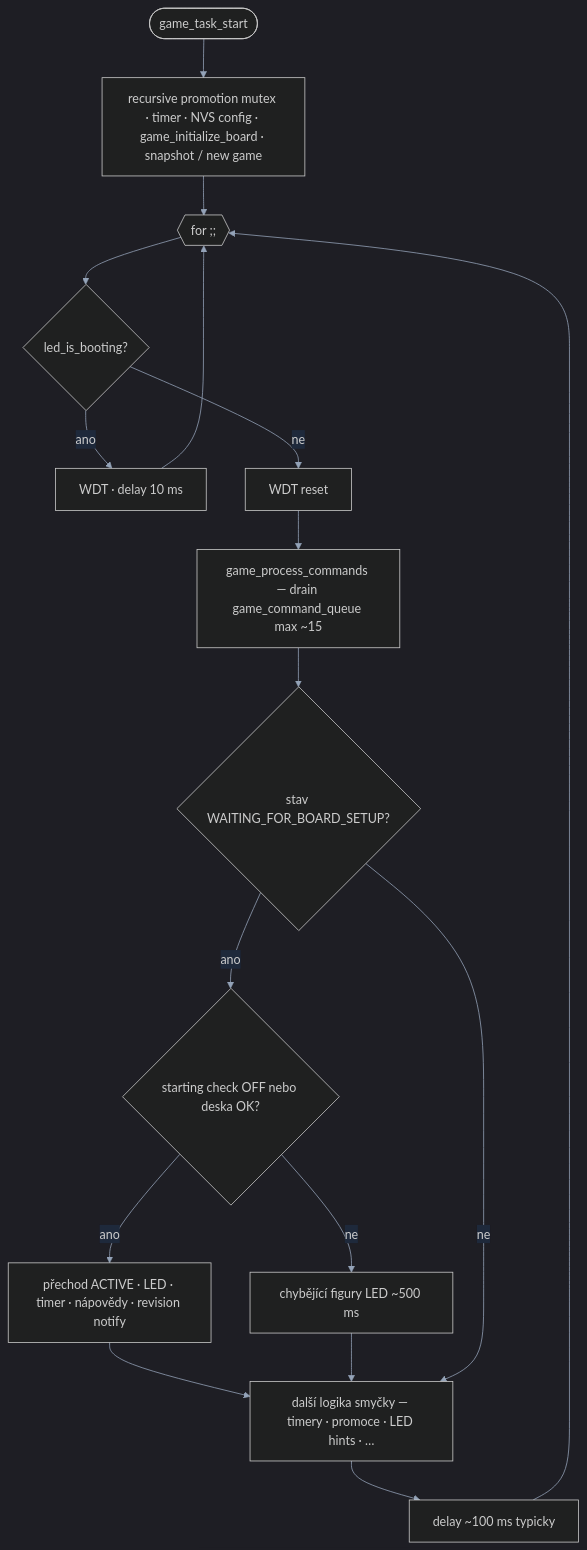
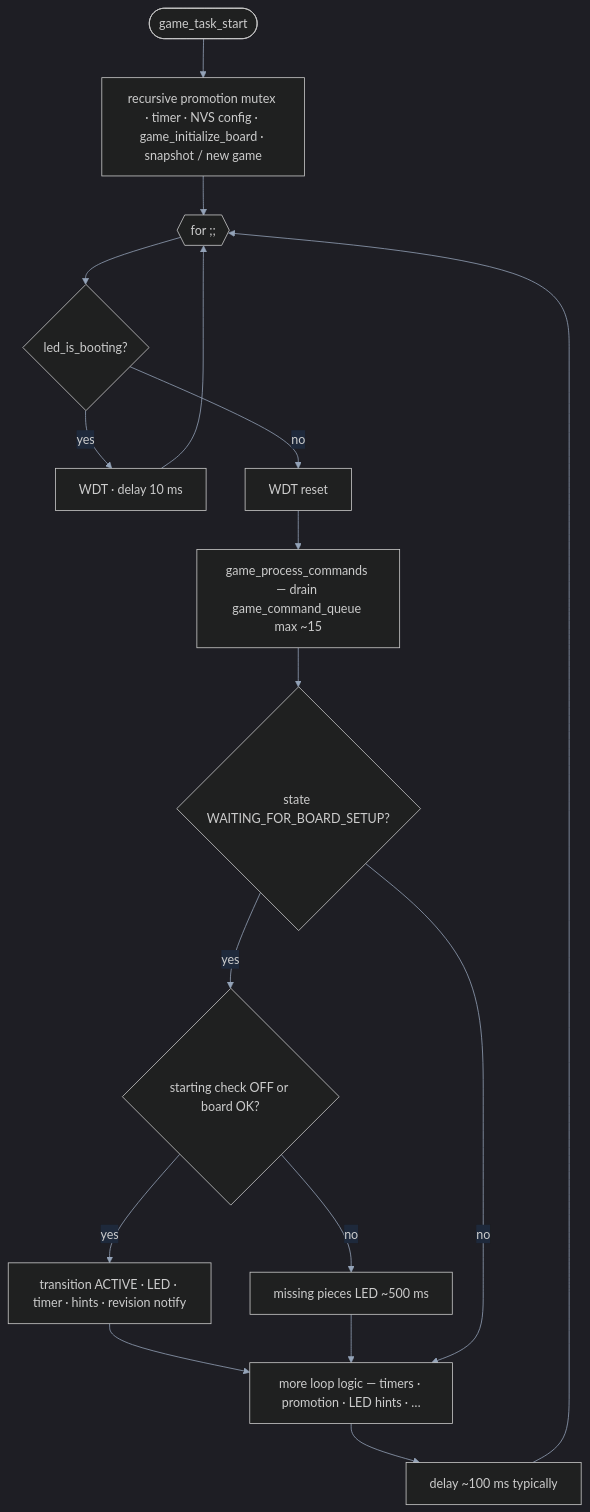
The diagram in docs/diagrams/sources/task_game_loop.mmd (AlfredKrutina/chess_esp32_c6_devkit), drawn with Mermaid before and after one commit. The commit also changed 372 other files, not shown here.

```diff
--- a/docs/diagrams/sources/task_game_loop.mmd
+++ b/docs/diagrams/sources/task_game_loop.mmd
@@ -1,23 +1,23 @@
-%% game_task_start — hlavní smyčka game_task.c
+%% game_task_start — main loop game_task.c
 %%{init: {'theme':'dark','themeVariables':{'fontFamily':'system-ui,sans-serif','clusterBkg':'#0f172a','clusterBorder':'#334155','lineColor':'#94a3b8','primaryTextColor':'#f1f5f9','edgeLabelBackground':'#1e293b','titleColor':'#f8fafc'}}}%%
 flowchart TD
   START([game_task_start]) --> INIT[recursive promotion mutex · timer · NVS config · game_initialize_board · snapshot / new game]
   INIT --> LOOP{{for ;;}}
 
   LOOP --> BOOT{led_is_booting?}
-  BOOT -->|ano| W10[WDT · delay 10 ms] --> LOOP
-  BOOT -->|ne| WDT[WDT reset]
+  BOOT -->|yes| W10[WDT · delay 10 ms] --> LOOP
+  BOOT -->|no| WDT[WDT reset]
 
   WDT --> PC[game_process_commands — drain game_command_queue max ~15]
-  PC --> SETUP{stav WAITING_FOR_BOARD_SETUP?}
-  SETUP -->|ano| POS{starting check OFF nebo deska OK?}
-  POS -->|ano| ACTIVE[přechod ACTIVE · LED · timer · nápovědy · revision notify]
-  POS -->|ne| MISS[chybějící figury LED ~500 ms]
-  ACTIVE --> MORE[další logika smyčky — timery · promoce · LED hints · …]
+  PC --> SETUP{state WAITING_FOR_BOARD_SETUP?}
+  SETUP -->|yes| POS{starting check OFF or board OK?}
+  POS -->|yes| ACTIVE[transition ACTIVE · LED · timer · hints · revision notify]
+  POS -->|no| MISS[missing pieces LED ~500 ms]
+  ACTIVE --> MORE[more loop logic — timers · promotion · LED hints · …]
   MISS --> MORE
-  SETUP -->|ne| MORE
+  SETUP -->|no| MORE
 
-  MORE --> DELAY[delay ~100 ms typicky]
+  MORE --> DELAY[delay ~100 ms typically]
   DELAY --> LOOP
 
   classDef path fill:#1e3a8a,stroke:#38bdf8,color:#e0f2fe
```
